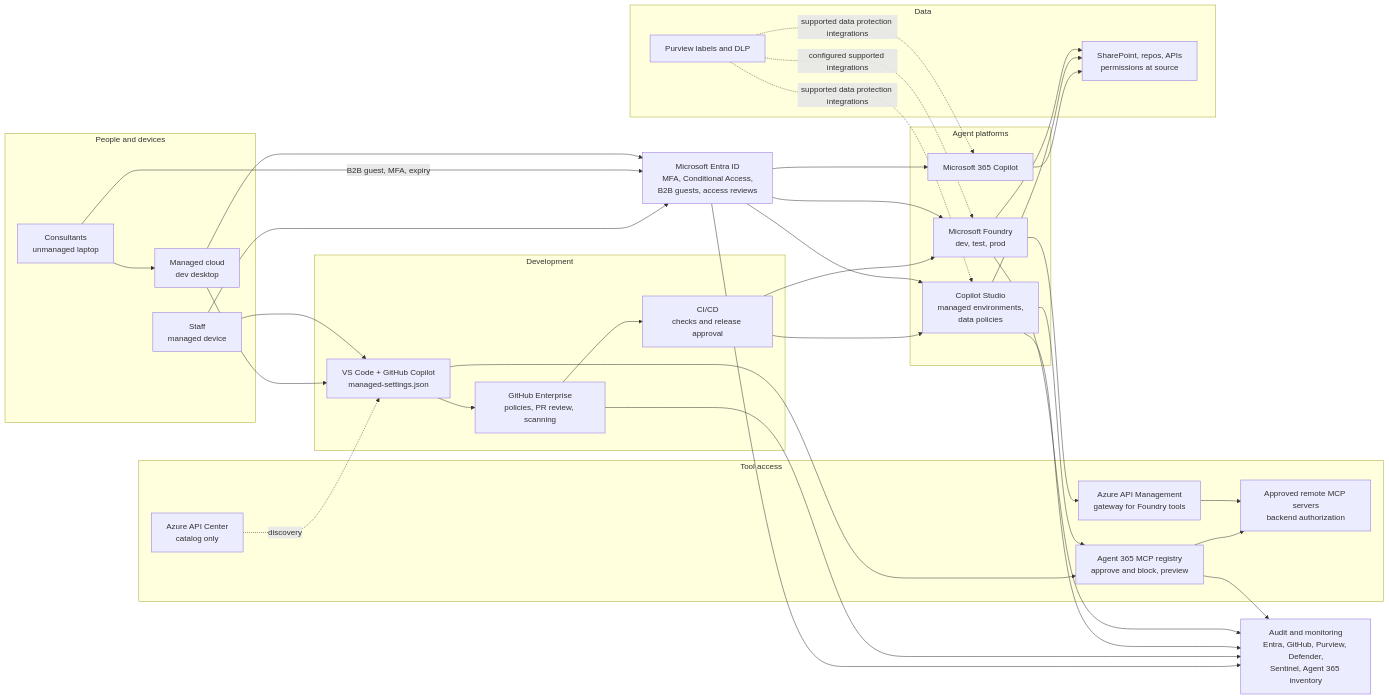
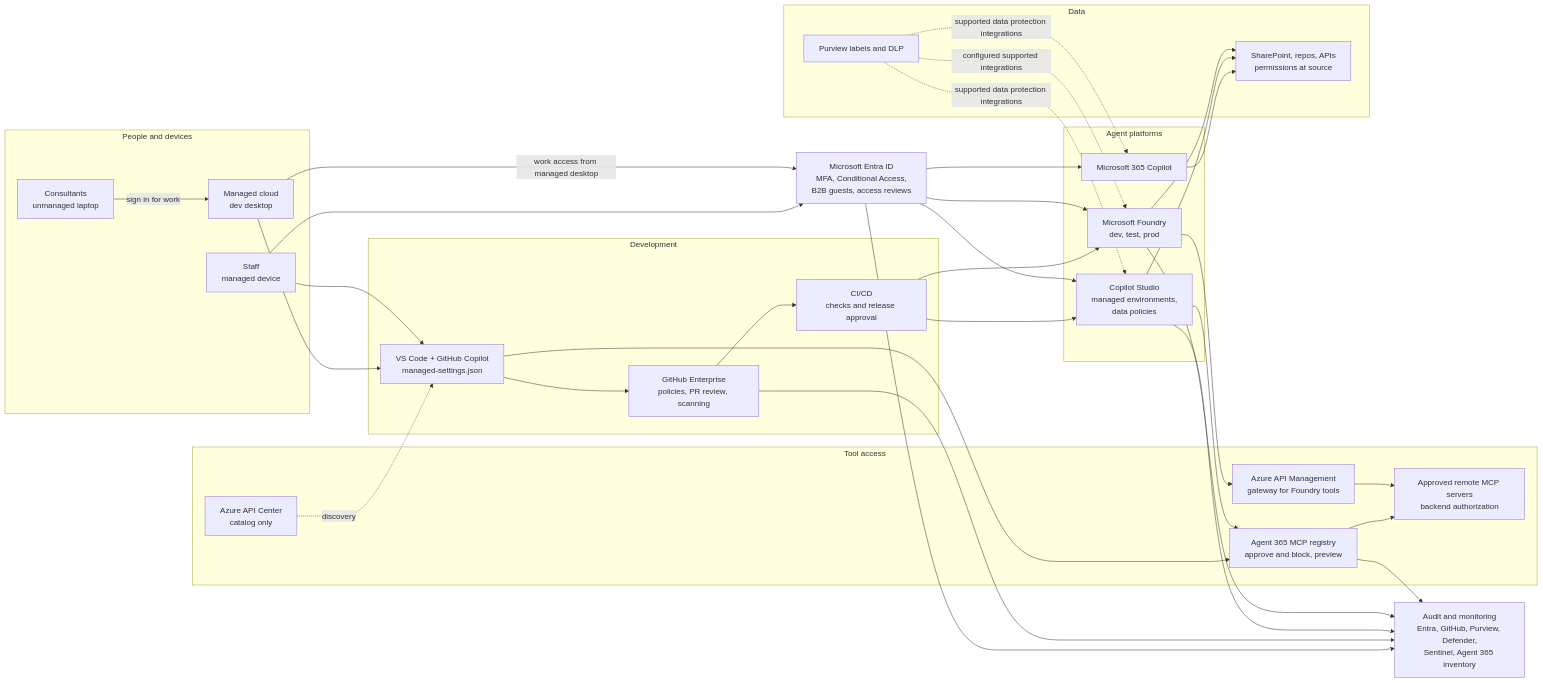
Before and after one commit to kimsyversen/kimsyversen.github.io: the second of 5 diagrams in enterprise-ai-agent-security-recommendation.md, drawn with Mermaid. The commit also changed other lines of this file and 6 other files, not shown here.

````diff
--- a/enterprise-ai-agent-security-recommendation.md
+++ b/enterprise-ai-agent-security-recommendation.md
@@ -107,63 +117,62 @@
 ```mermaid
 flowchart LR
     subgraph People[People and devices]
         Staff[Staff<br/>managed device]
         Cons[Consultants<br/>unmanaged laptop]
         CDD[Managed cloud<br/>dev desktop]
-        Cons --> CDD
+        Cons -->|sign in for work| CDD
     end
     Entra[Microsoft Entra ID<br/>MFA, Conditional Access,<br/>B2B guests, access reviews]
     Staff --> Entra
-    Cons -->|B2B guest, MFA, expiry| Entra
-    CDD --> Entra
+    CDD -->|work access from managed desktop| Entra
 
     subgraph Dev[Development]
         VSC[VS Code + GitHub Copilot<br/>managed-settings.json]
         GH[GitHub Enterprise<br/>policies, PR review, scanning]
         CI[CI/CD<br/>checks and release approval]
     end
     CDD --> VSC
     Staff --> VSC
     VSC --> GH --> CI
 
     subgraph Platforms[Agent platforms]
         M365[Microsoft 365 Copilot]
         CS[Copilot Studio<br/>managed environments,<br/>data policies]
         FD[Microsoft Foundry<br/>dev, test, prod]
     end
     CI --> FD
     CI --> CS
     Entra --> M365
     Entra --> CS
     Entra --> FD
 
     subgraph Tools[Tool access]
         REG[Agent 365 MCP registry<br/>approve and block, preview]
         CAT[Azure API Center<br/>catalog only]
         APIM[Azure API Management<br/>gateway for Foundry tools]
         MCPS[Approved remote MCP servers<br/>backend authorization]
     end
     VSC --> REG
     CS --> REG
     REG --> MCPS
     FD --> APIM --> MCPS
     CAT -. discovery .-> VSC
 
     subgraph Data[Data]
         PV[Purview labels and DLP]
         SRC[SharePoint, repos, APIs<br/>permissions at source]
     end
     M365 --> SRC
     CS --> SRC
     FD --> SRC
     PV -. supported data protection integrations .-> M365
     PV -. supported data protection integrations .-> CS
     PV -. configured supported integrations .-> FD
 
     LOG[Audit and monitoring<br/>Entra, GitHub, Purview, Defender,<br/>Sentinel, Agent 365 inventory]
     Entra --> LOG
     GH --> LOG
     CS --> LOG
     FD --> LOG
     REG --> LOG
 ```
````
